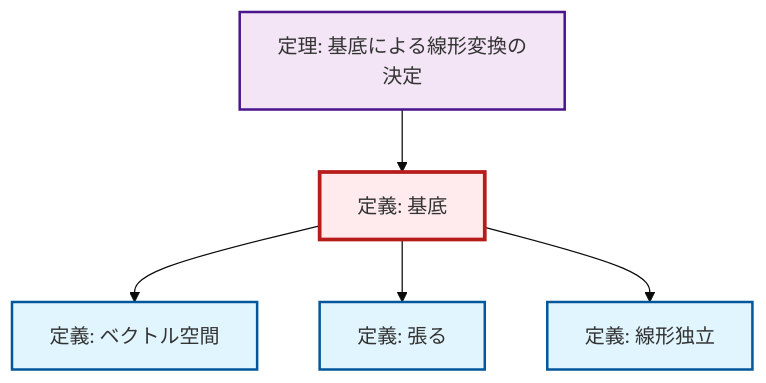
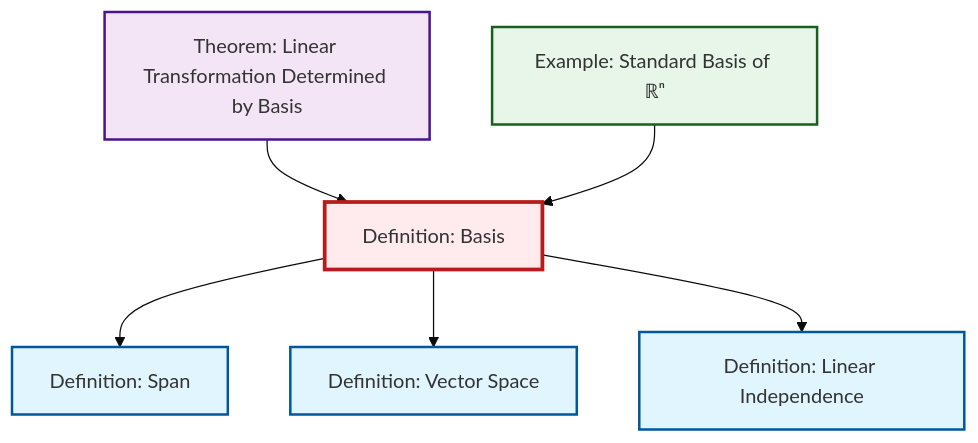
One commit to RK0429/ModernMath changed the diagram in content/ja/algebra/def-basis.qmd. Above: the diagram before and after it, drawn with Mermaid (base theme). The commit also changed 203 other files, not shown here.

````diff
--- a/content/ja/algebra/def-basis.qmd
+++ b/content/ja/algebra/def-basis.qmd
@@ -56,24 +56,21 @@
 ```{mermaid}
-%%| fig-cap: "ローカル依存グラフ"
+%%| fig-cap: "Local dependency graph"
 graph TD
     classDef definition fill:#e1f5fe,stroke:#01579b,stroke-width:2px
     classDef theorem fill:#f3e5f5,stroke:#4a148c,stroke-width:2px
     classDef axiom fill:#fff3e0,stroke:#e65100,stroke-width:2px
     classDef example fill:#e8f5e9,stroke:#1b5e20,stroke-width:2px
     classDef current fill:#ffebee,stroke:#b71c1c,stroke-width:3px
-    def-linear-independence["定義: 線形独立"]:::definition
-    def-span["定義: 張る"]:::definition
-    def-basis["定義: 基底"]:::definition
-    thm-linear-transformation-basis["定理: 基底による線形変換の決定"]:::theorem
-    def-vector-space["定義: ベクトル空間"]:::definition
+    def-basis["Definition: Basis"]:::definition
+    def-span["Definition: Span"]:::definition
+    ex-standard-basis-rn["Example: Standard Basis of ℝⁿ"]:::example
+    thm-linear-transformation-basis["Theorem: Linear Transformation Determined by Basis"]:::theorem
+    def-vector-space["Definition: Vector Space"]:::definition
+    def-linear-independence["Definition: Linear Independence"]:::definition
+    def-basis --> def-span
+    thm-linear-transformation-basis --> def-basis
+    ex-standard-basis-rn --> def-basis
     def-basis --> def-vector-space
-    thm-linear-transformation-basis --> def-basis
-    def-basis --> def-span
     def-basis --> def-linear-independence
     class def-basis current
-
-    click def-linear-independence "def-linear-independence.html" "線形独立の定義へ"
-    click def-span "def-span.html" "張るの定義へ"
-    click thm-linear-transformation-basis "thm-linear-transformation-basis.html" "基底による線形変換の決定の定理へ"
-    click def-vector-space "def-vector-space.html" "ベクトル空間の定義へ"
 ```
````
